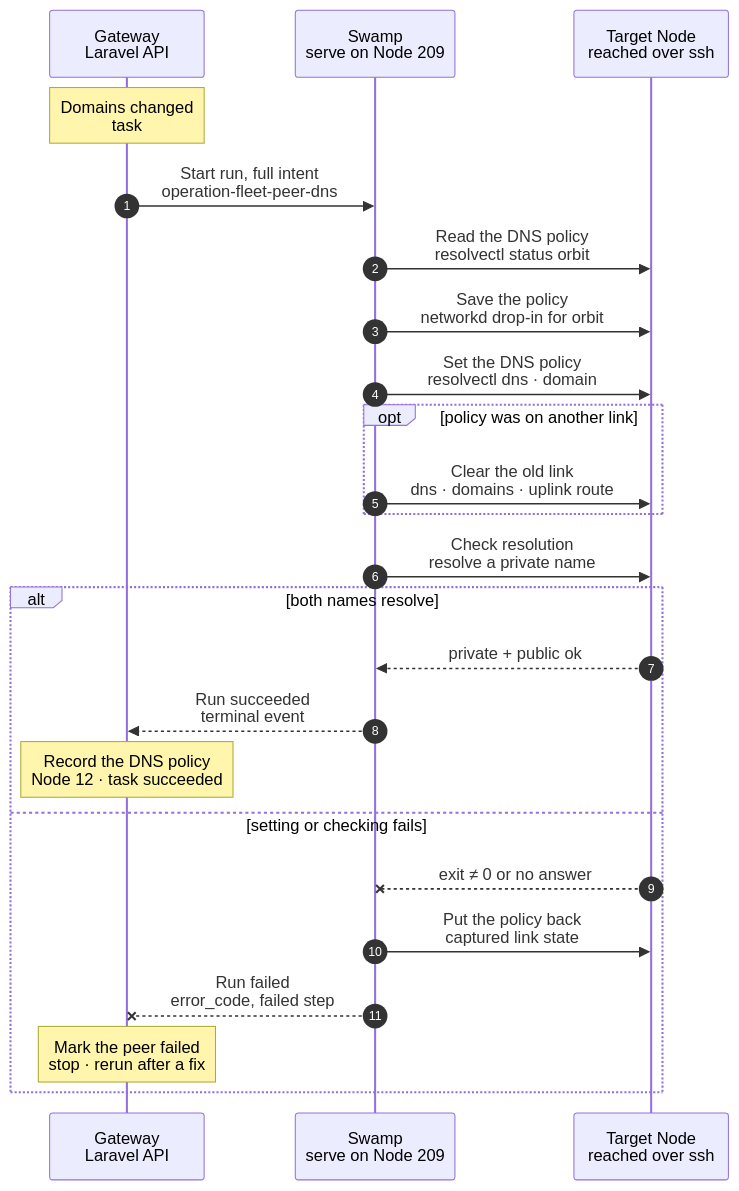
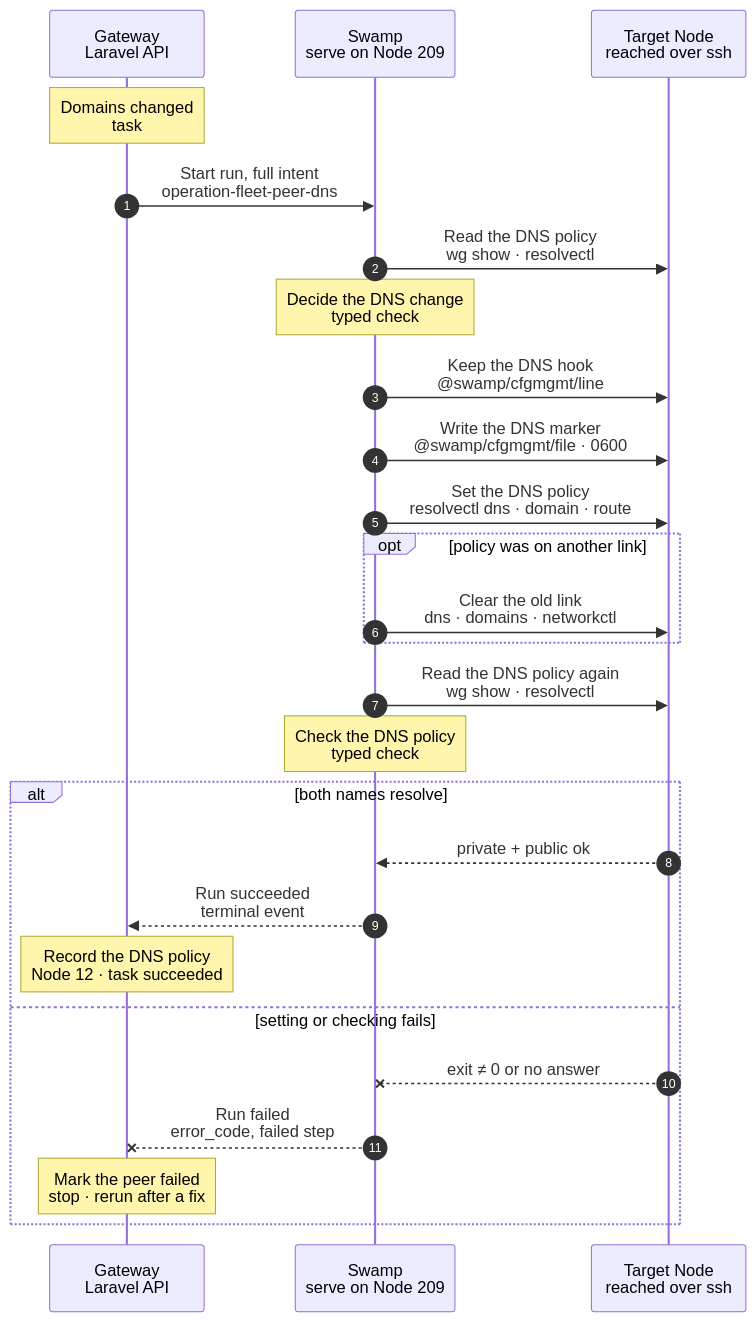
The diagram in docs/cli/fleet/peer-dns.mmd (hardimpactdev/orbit), drawn with Mermaid before and after one commit. The commit also changed 58 other files, not shown here.

```diff
--- a/docs/cli/fleet/peer-dns.mmd
+++ b/docs/cli/fleet/peer-dns.mmd
@@ -1,84 +1,88 @@
 sequenceDiagram
   %% Target design: ADR 0244 task, DECISIONS and R1-R4, agent-observer-swamp-acts, single-swamp-node. docs/reference/private-dns.md#resolver-selection.
+  %% Tightened: flow-tighten 2026-11-02, rules 6, 20, 22 (persist and set the policy in one step; the read's match acts as a guard).
   %% status: draft
   %% command: none · routing domains change
   %% kind: fleet.peer_dns
   autonumber
   %% lane GW icon=gateway pill=intent tone=blue
   %% lane SW icon=workflow pill=executes tone=green
   %% lane N icon=server pill=target tone=amber
   participant GW as Gateway<br/>Laravel API
   participant SW as Swamp<br/>serve on Node 209
   participant N as Target Node<br/>reached over ssh
   Note over GW: Domains changed<br/>task #5163 · peer Node 12
   %%> When:
   %%> - the private routing domains or the selected DNS server change, for example a Node with a new TLD joins or the `vpn` role moves
   %%> - the Gateway admits one task per peer, one peer at a time
   %%> - the Node agent reports a different DNS policy on Node 12 than the Gateway wants
   %%> Not included:
   %%> - no command; no per-minute Swamp poll; drift comes from the Node agent's reports
   %%> - a full re-apply of Node 12's footprint is `node.converge`, which uses the same DNS steps
   %%> Requirements:
   %%> - Node 12 is an active managed Linux peer with roles; the `vpn` Node and the Gateway stay out
   %%> - no other network change runs on Node 12; the Gateway holds one lock per Node
   %%> Result:
   %%> - task #5163 recorded with the domains and the DNS server for Node 12
   GW->>SW: Start run, full intent<br/>operation-fleet-peer-dns
   %%> What it does:
   %%> - starts one Swamp run on serve (Node 209)
   %%> Inputs:
   %%> - the routing domains, such as `~orbit`, and the DNS server's WireGuard address
   %%> - Node 12's address and SSH host keys; the SSH identity comes from the `swamp` role
-  SW->>N: Read the DNS policy<br/>resolvectl status orbit
+  SW->>N: Read the DNS policy<br/>wg show · resolvectl
   %%> How:
-  %%> - Swamp reaches Node 12 over SSH from 209, with `@swamp/ssh`
+  %%> - Swamp reaches the Node over SSH from 209, with `@swamp/ssh`
   %%> What it does:
-  %%> - reads the DNS server, routing domains and default route of the `orbit` link, and which link held the policy before
-  %%> When it matches:
-  %%> - the next steps are skipped and the task succeeds without a change
-  SW->>N: Save the policy<br/>networkd drop-in for orbit
+  %%> - one read command prints the public key, resolver servers, `orbit` domains and default route, the DNS marker and the hook line
+  Note over SW: Decide the DNS change<br/>typed check
   %%> What it does:
-  %%> - writes the policy to the `orbit` link's configuration, so it survives a reboot
-  %%> - no tunnel restart
-  SW->>N: Set the DNS policy<br/>resolvectl dns · domain
+  %%> - compares the read with the admitted policy; a match skips the DNS writes below
+  %%> - refuses a live key that is not the prepared one
+  SW->>N: Keep the DNS hook<br/>@swamp/cfgmgmt/line
   %%> What it does:
-  %%> - sets the DNS server and routing domains on the `orbit` link, with `default-route no`, so only private domains go to Orbit's DNS
+  %%> - keeps the Gateway-rendered `PostUp = resolvectl …` line in `orbit.conf`, so the policy returns when the tunnel starts
+  %%> - leaves every other line of the file as it is
+  SW->>N: Write the DNS marker<br/>@swamp/cfgmgmt/file · 0600
+  %%> What it does:
+  %%> - records the link, server and domains in `/etc/wireguard/orbit.dns-link`
+  SW->>N: Set the DNS policy<br/>resolvectl dns · domain · route
+  %%> What it does:
+  %%> - one command sets the server and routing domains on `orbit` with `default-route no`; only Orbit names go to VPN DNS
   opt policy was on another link
-    SW->>N: Clear the old link<br/>dns · domains · uplink route
+    SW->>N: Clear the old link<br/>dns · domains · networkctl
     %%> When:
     %%> - only when an earlier release put the policy on another link
     %%> What it does:
-    %%> - removes the old DNS server and domains there, and gives the uplink back its default route
+    %%> - one command clears the old server and domains there, gives the uplink its default route back and reconfigures it
   end
-  SW->>N: Check resolution<br/>resolve a private name
+  SW->>N: Read the DNS policy again<br/>wg show · resolvectl
   %%> What it does:
-  %%> - resolves a private name through the `orbit` link and a public name through the uplink
-  %%> Why:
-  %%> - the policy only counts as applied when Node 12 resolves both
+  %%> - the same read as before, for the end check
+  Note over SW: Check the DNS policy<br/>typed check
+  %%> What it does:
+  %%> - requires the admitted policy on `orbit` and a usable uplink
   alt both names resolve
     N-->>SW: private + public ok
     %%> Returns:
     %%> - the check passed
     SW-->>GW: Run succeeded<br/>terminal event
     %%> How the Gateway learns it:
     %%> - its shared run reader sees the terminal event; Swamp never calls the Gateway
     Note over GW: Record the DNS policy<br/>Node 12 · task succeeded
     %%> Result:
     %%> - Node 12's peer DNS digest is recorded; task #5163 succeeds
     %%> - the Gateway admits the next peer
   else setting or checking fails
     N--xSW: exit ≠ 0 or no answer
     %%> When:
     %%> - `resolvectl` refuses, SSH fails, or a name does not resolve
-    SW->>N: Put the policy back<br/>captured link state
-    %%> What it does:
-    %%> - restores the policy captured in the first step, so Node 12 keeps resolving names
     SW--xGW: Run failed<br/>error_code, failed step
     %%> The Gateway reads:
     %%> - which step failed and its error code
     Note over GW: Mark the peer failed<br/>stop · rerun after a fix
     %%> Result:
     %%> - Node 12's peer DNS is marked failed; task #5163 fails; later peers wait
     %%> Retry:
     %%> - safe: the first step skips a policy that already matches; it is a new task
   end
```
